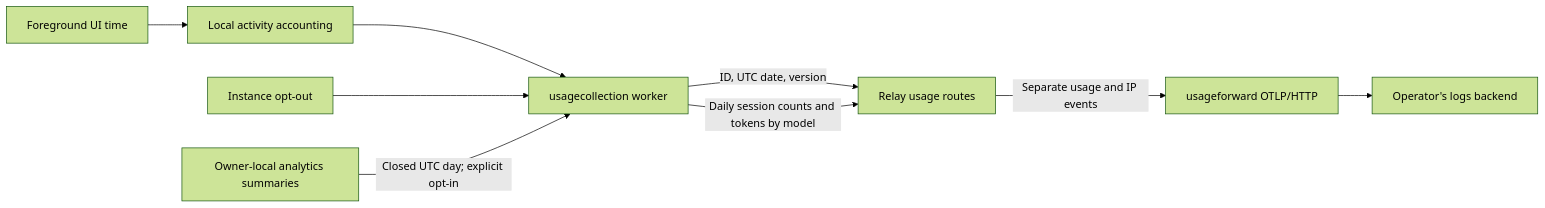
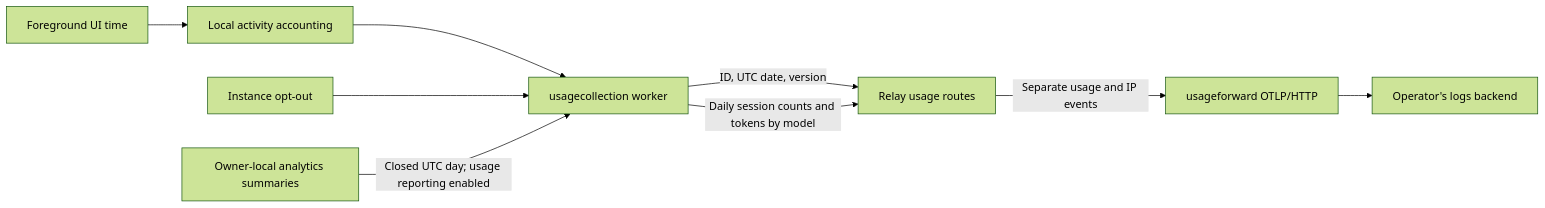
One commit to ocman/ocman changed the diagram in docs/features/usage-collection.md. Above: the diagram before and after it, drawn with Mermaid (forest theme). The commit also changed other lines of this file and 4 other files, not shown here.

````diff
--- a/docs/features/usage-collection.md
+++ b/docs/features/usage-collection.md
@@ -157,11 +157,11 @@
 ```mermaid
 flowchart LR
     UI[Foreground UI time] --> Local[Local activity accounting]
     Local --> Worker[usagecollection worker]
     Settings[Instance opt-out] --> Worker
     Worker -->|ID, UTC date, version| Relay[Relay usage routes]
-    Summary[Owner-local analytics summaries] -->|Closed UTC day; explicit opt-in| Worker
+    Summary[Owner-local analytics summaries] -->|Closed UTC day; usage reporting enabled| Worker
     Worker -->|Daily session counts and tokens by model| Relay
     Relay -->|Separate usage and IP events| Forward[usageforward OTLP/HTTP]
     Forward --> Backend[Operator's logs backend]
 ```
````
